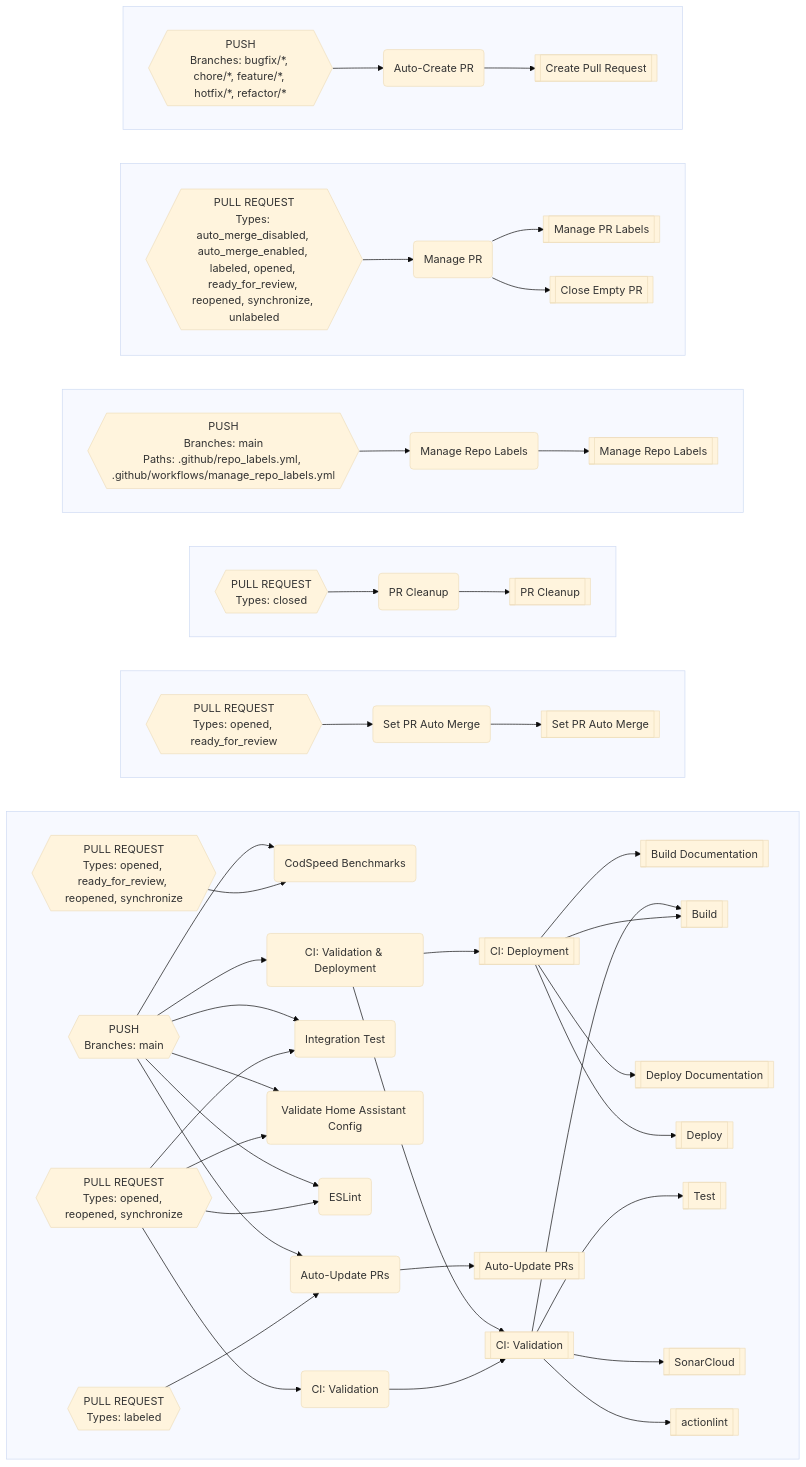
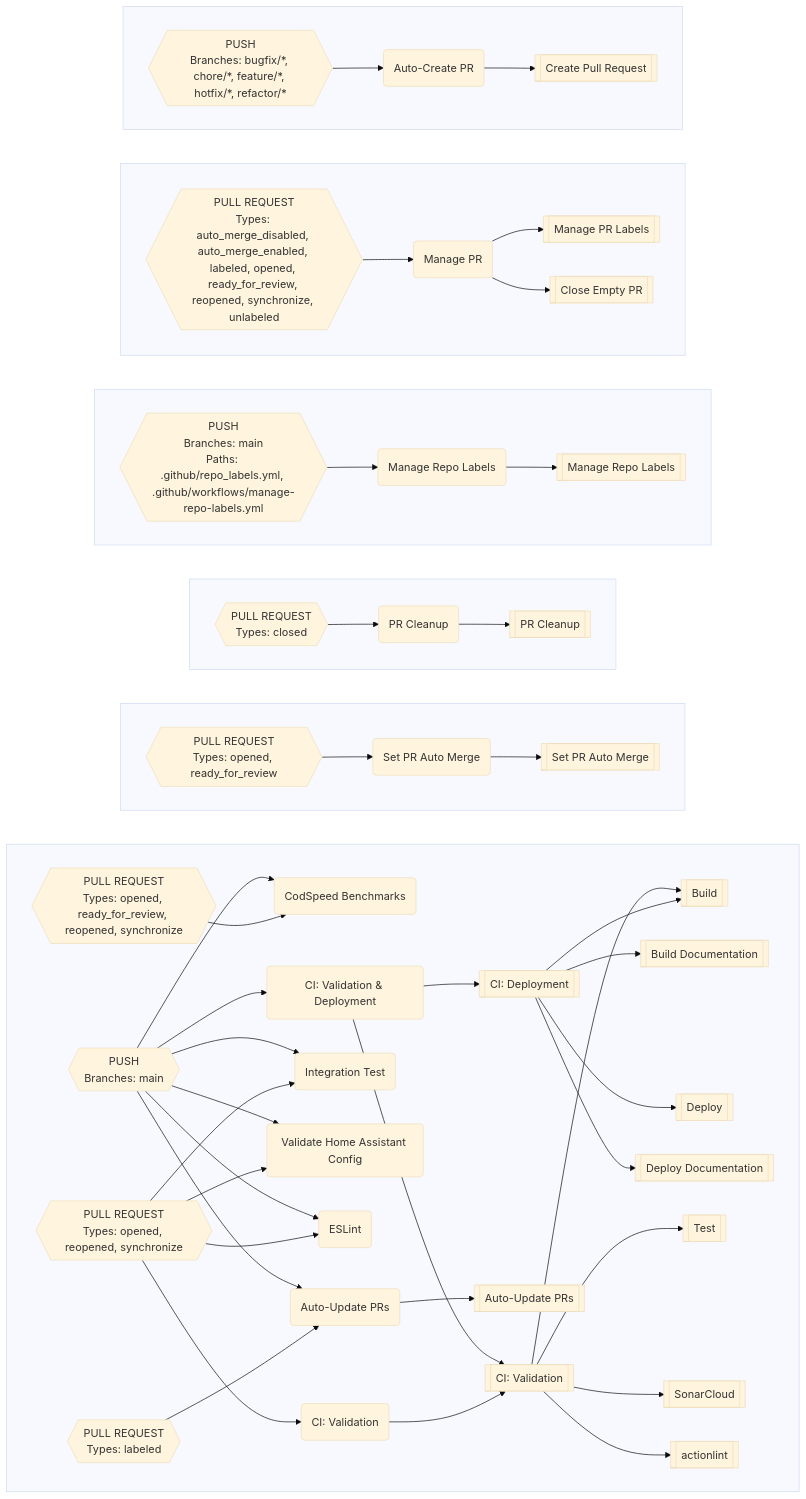
Before and after one commit to worgarside/github-config-files: the diagram in README.md, drawn with Mermaid (base theme). The commit also changed other lines of this file and 33 other files, not shown here.

````diff
--- a/README.md
+++ b/README.md
@@ -394,9 +394,9 @@
 DQ-->M
 M-->I
 M-->E
-M-->AQ
+M-->AO
 M-->AK
-V-->E
+V-->I
 V-->BX
 V-->BU
 V-->A
@@ -429,8 +429,8 @@
 end
 AC[["Close Empty PR"]]
 AG[["Create Pull Request"]]
-AK[["Deploy"]]
-AQ[["Deploy Documentation"]]
+AK[["Deploy Documentation"]]
+AO[["Deploy"]]
 AU[["Manage PR Labels"]]
 AY[["Manage Repo Labels"]]
 A[["actionlint"]]
@@ -450,7 +450,7 @@
 CM("Manage Repo Labels")
 CN{{"PUSH
 Branches: main
-Paths: .github/repo_labels.yml, .github/workflows/manage_repo_labels.yml
+Paths: .github/repo_labels.yml, .github/workflows/manage-repo-labels.yml
 "}}
 CQ("Auto-Update PRs")
 CR{{"PULL REQUEST
@@ -479,8 +479,8 @@
 DZ{{"PULL REQUEST
 Types: opened, ready_for_review, reopened, synchronize
 "}}
-E[["Build"]]
-I[["Build Documentation"]]
+E[["Build Documentation"]]
+I[["Build"]]
 M[["CI: Deployment"]]
 V[["CI: Validation"]]
 ```
````
